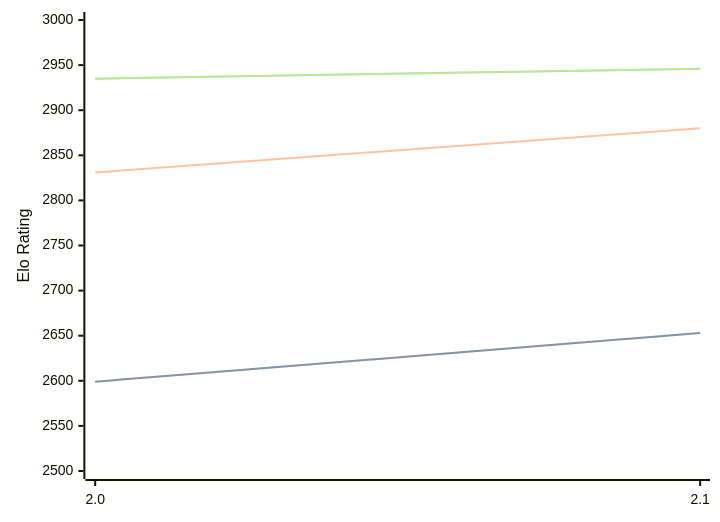
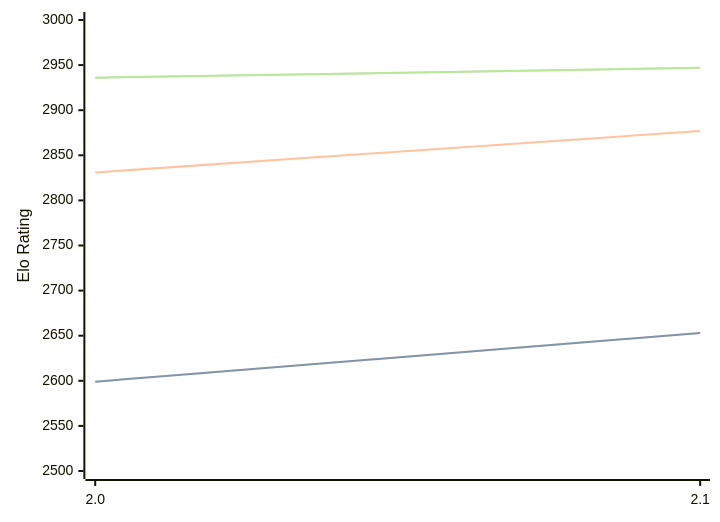
One commit to computer-chess-index/cci changed the diagram in engines/Noggin.md. Above: the diagram before and after it, drawn with Mermaid. The commit also changed other lines of this file, not shown here.

Commit message:
Update CCI Ratings (ELO VLTC) - 2026-09-07

````diff
--- a/engines/Noggin.md
+++ b/engines/Noggin.md
@@ -33,11 +33,11 @@
 ```mermaid
 %%{init: {"theme":"base","themeVariables":{"seriesColors:['#a3a3a3','#222221','#faa371']}}}%%
 xychart-beta
   x-axis ["2.0", "2.1"]
   y-axis "Elo Rating" 2500 --> 3000
   line "" [2599, 2653]
   line "STC (8.0+0.08s)" [2599, 2653]
-  line "LTC (60.0+0.60s)" [2831, 2880]
-  line "" [2935, 2946]
-  line "VLTC (2m24s+1.12s)" [2935, 2946]
+  line "LTC (60.0+0.60s)" [2831, 2877]
+  line "" [2936, 2947]
+  line "VLTC (2m24s+1.12s)" [2936, 2947]
 ```
````
